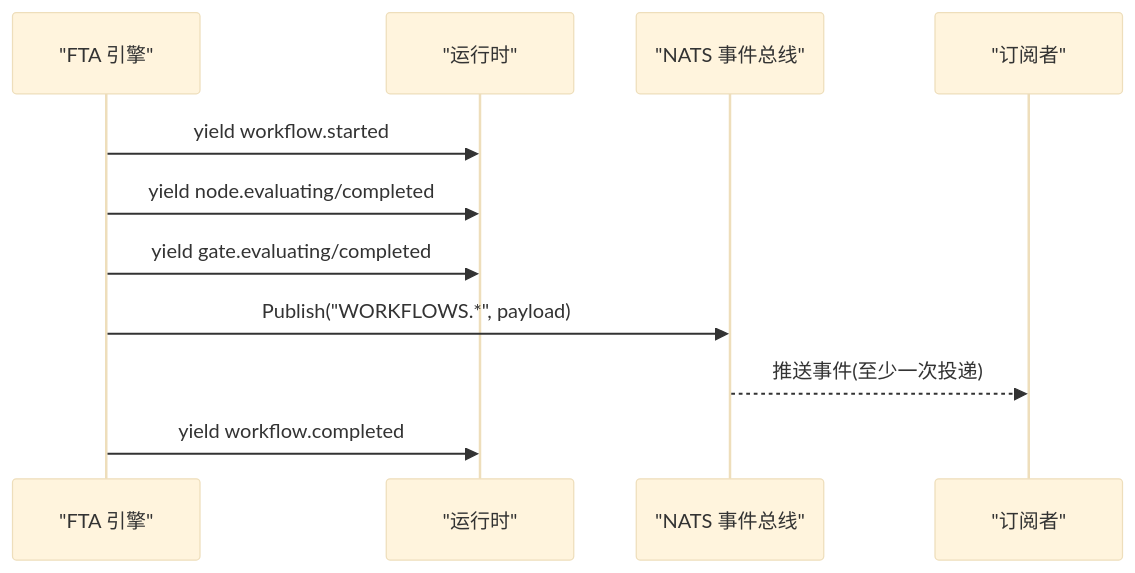
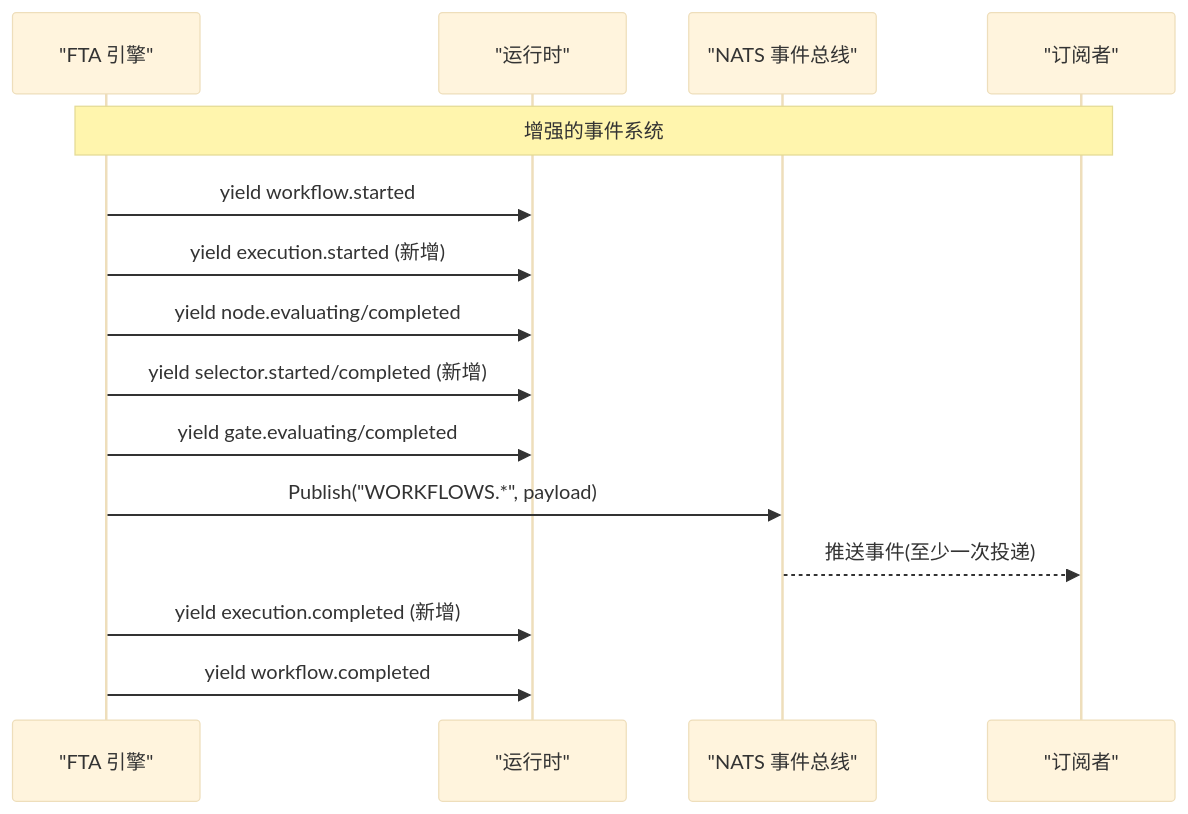
Before and after one commit to ai-guru-global/resolve-agent: the seventh of 8 diagrams in .qoder/repowiki/zh/content/核心功能模块/FTA 工作流引擎/工作流执行管理.md, drawn with Mermaid (base theme). The commit also changed other lines of this file and 34 other files, not shown here.

````diff
--- a/.qoder/repowiki/zh/content/核心功能模块/FTA 工作流引擎/工作流执行管理.md
+++ b/.qoder/repowiki/zh/content/核心功能模块/FTA 工作流引擎/工作流执行管理.md
@@ -285,13 +310,17 @@
 ```mermaid
 sequenceDiagram
 participant FE as "FTA 引擎"
 participant RT as "运行时"
 participant EB as "NATS 事件总线"
 participant SUB as "订阅者"
+Note over FE,SUB : 增强的事件系统
 FE->>RT : yield workflow.started
+FE->>RT : yield execution.started (新增)
 FE->>RT : yield node.evaluating/completed
+FE->>RT : yield selector.started/completed (新增)
 FE->>RT : yield gate.evaluating/completed
 FE->>EB : Publish("WORKFLOWS.*", payload)
 EB-->>SUB : 推送事件(至少一次投递)
+FE->>RT : yield execution.completed (新增)
 FE->>RT : yield workflow.completed
 ```
````
